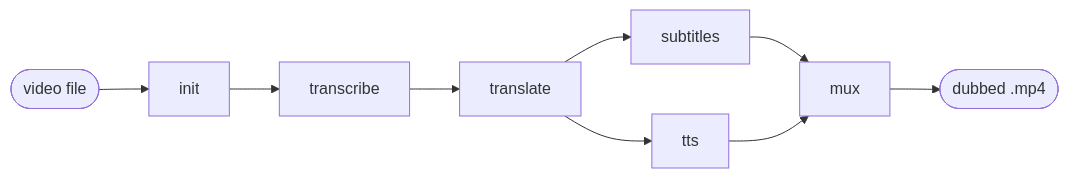
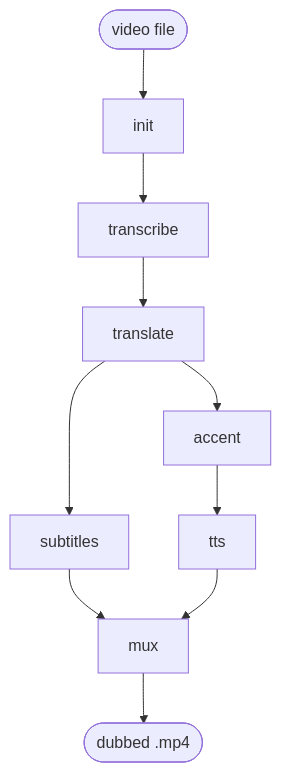
One commit to temk/glam changed the diagram in README.md. Above: the diagram before and after it, drawn with Mermaid. The commit also changed other lines of this file and 12 other files, not shown here.

First line of the commit message:
Add the accent step for per-language TTS text fixes

````diff
--- a/README.md
+++ b/README.md
@@ -17,11 +17,12 @@
 ```mermaid
-flowchart LR
+flowchart TD
     IN([video file]) --> INIT[init]
     INIT --> ASR[transcribe]
     ASR --> TR[translate]
     TR --> SUB[subtitles]
-    TR --> TTS[tts]
+    TR --> ACC[accent]
+    ACC --> TTS[tts]
     SUB --> MUX[mux]
     TTS --> MUX
     MUX --> OUT([dubbed .mp4])
 ```
````
